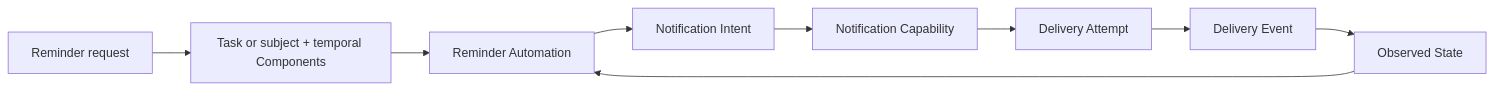
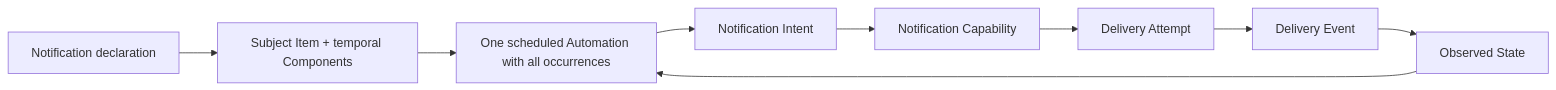
Before and after one commit to itmarck/wingman: the seventh of 9 diagrams in docs/flows.md, drawn with Mermaid. The commit also changed other lines of this file and 77 other files, not shown here.

````diff
--- a/docs/flows.md
+++ b/docs/flows.md
@@ -119,11 +123,11 @@
 ```mermaid
 flowchart LR
-    Entry[Reminder request] --> Structure[Task or subject + temporal Components]
-    Structure --> Automation[Reminder Automation]
+    Entry[Notification declaration] --> Structure[Subject Item + temporal Components]
+    Structure --> Automation[One scheduled Automation with all occurrences]
     Automation --> Intent[Notification Intent]
     Intent --> Capability[Notification Capability]
     Capability --> Attempt[Delivery Attempt]
     Attempt --> Event[Delivery Event]
     Event --> State[Observed State]
     State --> Automation
 ```
````
